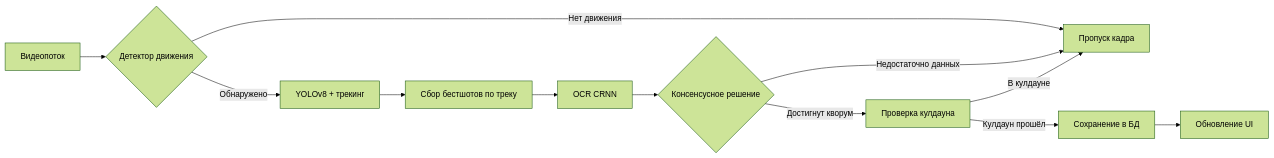
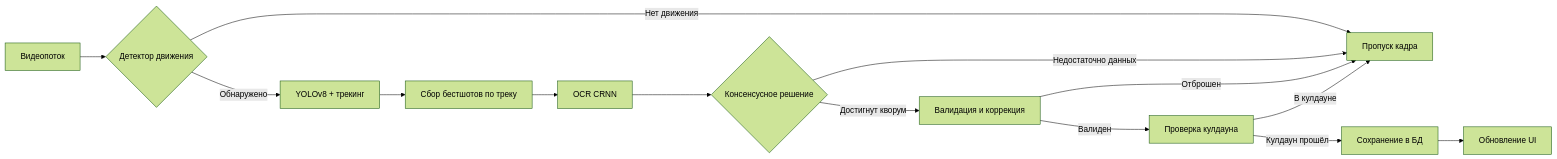
Before and after one commit to quick-1y/ANPR-System-v0.4: the diagram in README.md, drawn with Mermaid (forest theme). The commit also changed other lines of this file and 18 other files, not shown here.

````diff
--- a/README.md
+++ b/README.md
@@ -129,14 +138,16 @@
 ```mermaid
 flowchart LR
     A[Видеопоток] --> B{Детектор движения}
     B -->|Обнаружено| C[YOLOv8 + трекинг]
     B -->|Нет движения| Z[Пропуск кадра]
     C --> D[Сбор бестшотов по треку]
     D --> E[OCR CRNN]
     E --> F{Консенсусное решение}
-    F -->|Достигнут кворум| G[Проверка кулдауна]
+    F -->|Достигнут кворум| V[Валидация и коррекция]
     F -->|Недостаточно данных| Z
+    V -->|Валиден| G[Проверка кулдауна]
+    V -->|Отброшен| Z
     G -->|Кулдаун прошёл| H[Сохранение в БД]
     G -->|В кулдауне| Z
     H --> I[Обновление UI]
 ```
````
